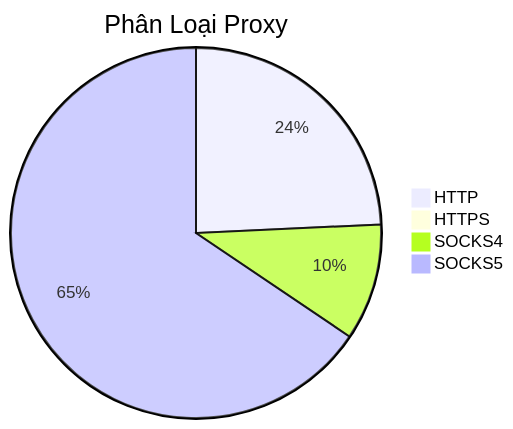
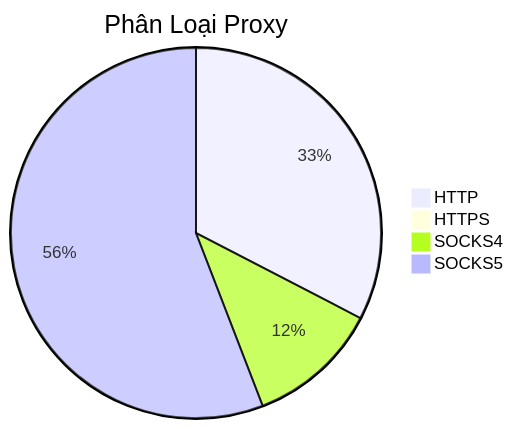
One commit to Ciara-Aa/PROXY-free changed the diagram in README.md. Above: the diagram before and after it, drawn with Mermaid. The commit also changed other lines of this file and 4 other files, not shown here.

````diff
--- a/README.md
+++ b/README.md
@@ -26,7 +26,7 @@
 ```mermaid
 pie title Phân Loại Proxy
-    "HTTP" : 703
-    "HTTPS" : 4
-    "SOCKS4" : 295
-    "SOCKS5" : 1899
+    "HTTP" : 893
+    "HTTPS" : 2
+    "SOCKS4" : 316
+    "SOCKS5" : 1530
 ```
````
